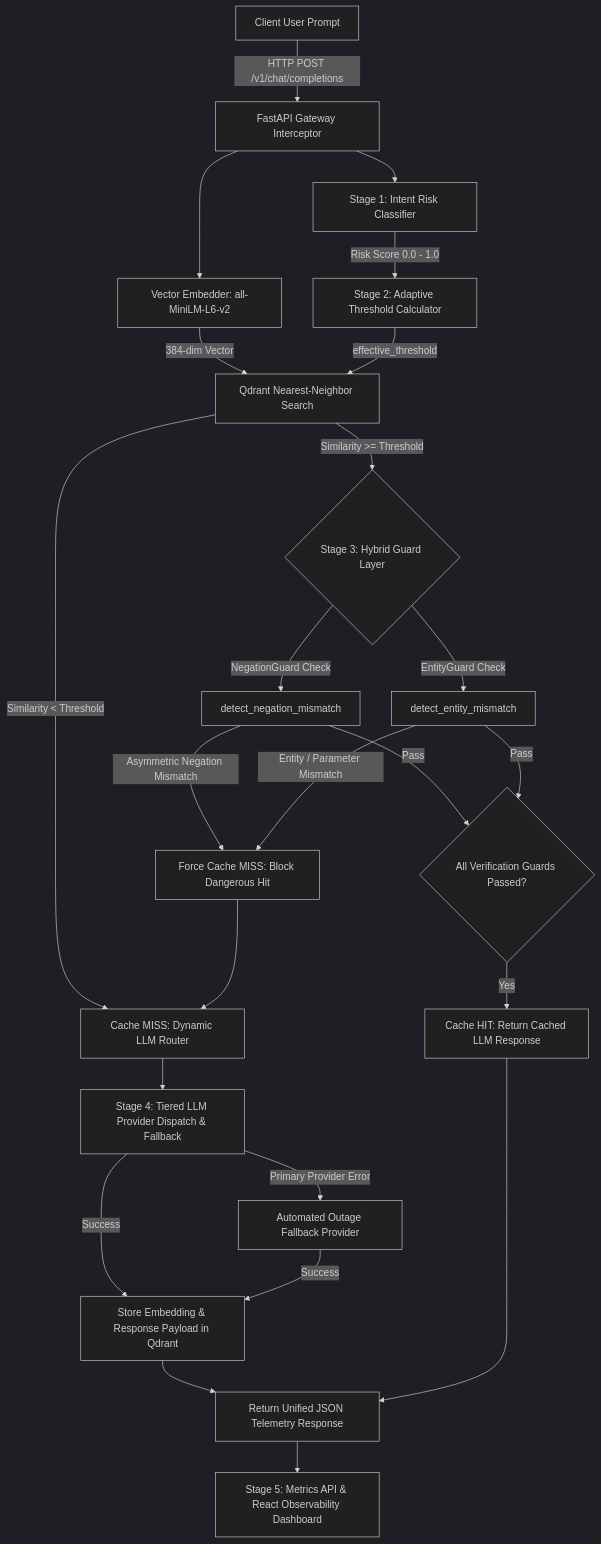
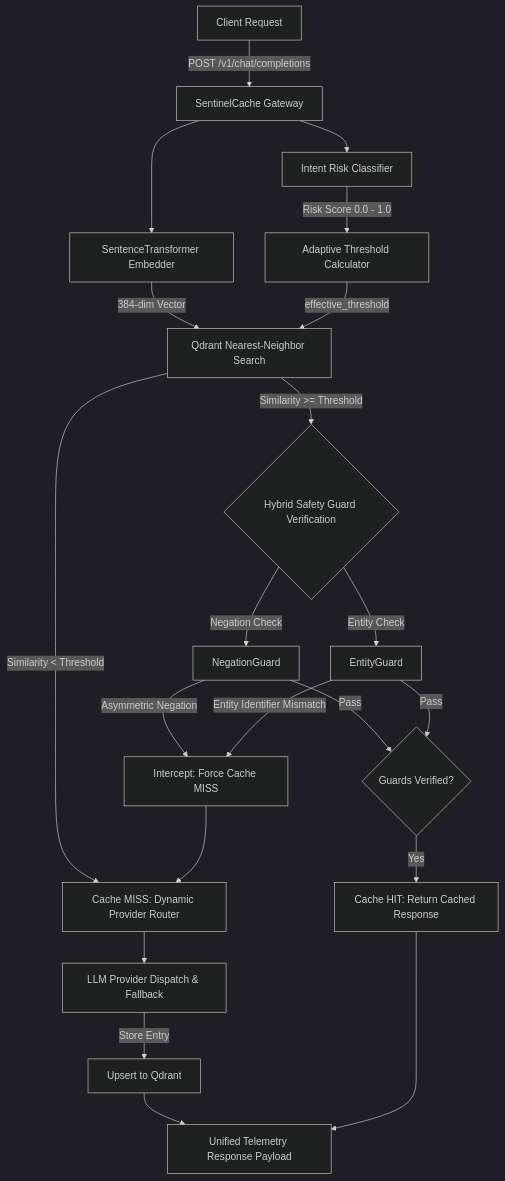
Before and after one commit to YashwanthReddyPuli/Sentinel-Cache: the diagram in README.md, drawn with Mermaid (dark theme). The commit also changed other lines of this file and 4 other files, not shown here.

Commit message:
fix(gateway): resolve similarity score telemetry, refine risk classifier, update web dashboard UI, and refine documentation

````diff
--- a/README.md
+++ b/README.md
@@ -15,32 +69,29 @@
 ```mermaid
 graph TD
-    A[Client User Prompt] -->|HTTP POST /v1/chat/completions| B[FastAPI Gateway Interceptor]
-    B --> C[Stage 1: Intent Risk Classifier]
-    C -->|Risk Score 0.0 - 1.0| D[Stage 2: Adaptive Threshold Calculator]
-    B --> E[Vector Embedder: all-MiniLM-L6-v2]
+    A[Client Request] -->|POST /v1/chat/completions| B[SentinelCache Gateway]
+    B --> C[Intent Risk Classifier]
+    C -->|Risk Score 0.0 - 1.0| D[Adaptive Threshold Calculator]
+    
+    B --> E[SentenceTransformer Embedder]
     E -->|384-dim Vector| F[Qdrant Nearest-Neighbor Search]
     D -->|effective_threshold| F
     
-    F -->|Similarity < Threshold| G[Cache MISS: Dynamic LLM Router]
-    F -->|Similarity >= Threshold| H{Stage 3: Hybrid Guard Layer}
+    F -->|Similarity < Threshold| G[Cache MISS: Dynamic Provider Router]
+    F -->|Similarity >= Threshold| H{Hybrid Safety Guard Verification}
     
-    H -->|NegationGuard Check| I[detect_negation_mismatch]
-    H -->|EntityGuard Check| J[detect_entity_mismatch]
+    H -->|Negation Check| I[NegationGuard]
+    H -->|Entity Check| J[EntityGuard]
     
-    I -->|Asymmetric Negation Mismatch| K[Force Cache MISS: Block Dangerous Hit]
-    J -->|Entity / Parameter Mismatch| K
+    I -->|Asymmetric Negation| K[Intercept: Force Cache MISS]
+    J -->|Entity Identifier Mismatch| K
     K --> G
     
-    I -->|Pass| L{All Verification Guards Passed?}
+    I -->|Pass| L{Guards Verified?}
     J -->|Pass| L
-    L -->|Yes| M[Cache HIT: Return Cached LLM Response]
+    L -->|Yes| M[Cache HIT: Return Cached Response]
     
-    G --> N[Stage 4: Tiered LLM Provider Dispatch & Fallback]
-    N -->|Primary Provider Error| O[Automated Outage Fallback Provider]
-    N -->|Success| P[Store Embedding & Response Payload in Qdrant]
-    O -->|Success| P
-    P --> Q[Return Unified JSON Telemetry Response]
-    M --> Q
-    
-    Q --> R[Stage 5: Metrics API & React Observability Dashboard]
+    G --> N[LLM Provider Dispatch & Fallback]
+    N -->|Store Entry| O[Upsert to Qdrant]
+    O --> P[Unified Telemetry Response Payload]
+    M --> P
 ```
````
